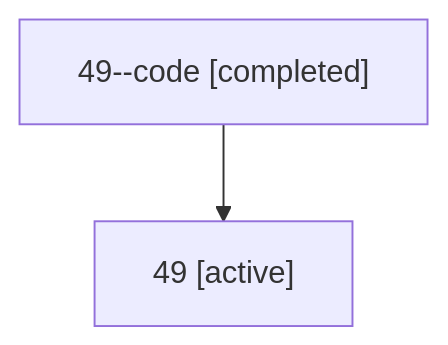
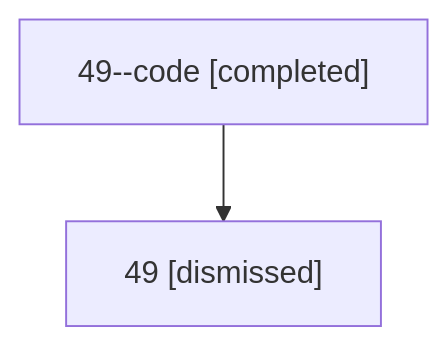
One commit to sase-org/sase--agents changed the diagram in sessions/bbugyi200.athena.49.md. Above: the diagram before and after it, drawn with Mermaid. The commit also changed other lines of this file and 24 other files, not shown here.

````diff
--- a/sessions/bbugyi200.athena.49.md
+++ b/sessions/bbugyi200.athena.49.md
@@ -9,6 +9,6 @@
 ```mermaid
 flowchart TD
   n0["49--code [completed]"]
-  n1["49 [active]"]
+  n1["49 [dismissed]"]
   n0 --> n1
 ```
````
